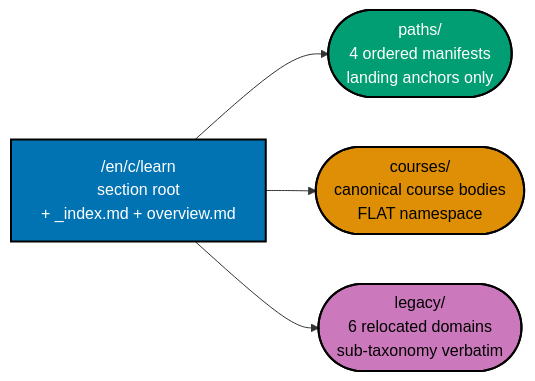
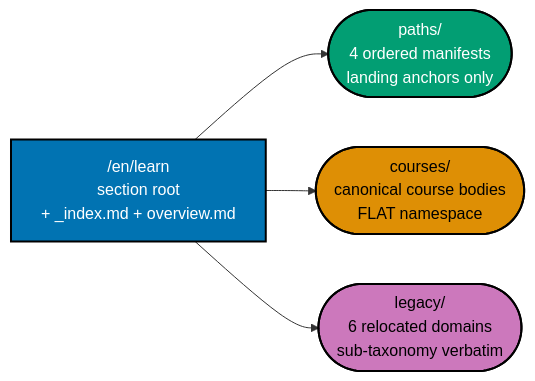
The first of 2 diagrams in plans/backlog/ayokoding-learning-path-01-url-restructure/README.md (wahidyankf/baseerah), drawn with Mermaid before and after one commit. The commit also changed other lines of this file and 77 other files, not shown here.

````diff
--- a/plans/backlog/ayokoding-learning-path-01-url-restructure/README.md
+++ b/plans/backlog/ayokoding-learning-path-01-url-restructure/README.md
@@ -48,18 +49,18 @@
 ```mermaid
-%% Target IA of /en/c/learn after this plan lands (DD-40).
+%% Target IA of /en/learn after this plan lands (DD-40).
 %% Color Palette: Blue #0173B2, Orange #DE8F05, Teal #029E73, Purple #CC78BC — WCAG-AA, CB-friendly.
 %% Node shape is redundant with colour: the section root is a rectangle, buckets are stadiums.
 flowchart LR
-    LEARN["/en/c/learn<br/>section root<br/>+ _index.md + overview.md"]:::blue
+    LEARN["/en/learn<br/>section root<br/>+ _index.md + overview.md"]:::blue
     PATHS(["paths/<br/>4 ordered manifests<br/>landing anchors only"]):::teal
     COURSES(["courses/<br/>canonical course bodies<br/>FLAT namespace"]):::orange
     LEGACY(["legacy/<br/>6 relocated domains<br/>sub-taxonomy verbatim"]):::purple
     LEARN --> PATHS
     LEARN --> COURSES
     LEARN --> LEGACY
 
     classDef blue fill:#0173B2,stroke:#000000,color:#FFFFFF,stroke-width:2px
     classDef teal fill:#029E73,stroke:#000000,color:#FFFFFF,stroke-width:2px
     classDef orange fill:#DE8F05,stroke:#000000,color:#000000,stroke-width:2px
     classDef purple fill:#CC78BC,stroke:#000000,color:#000000,stroke-width:2px
 ```
````
